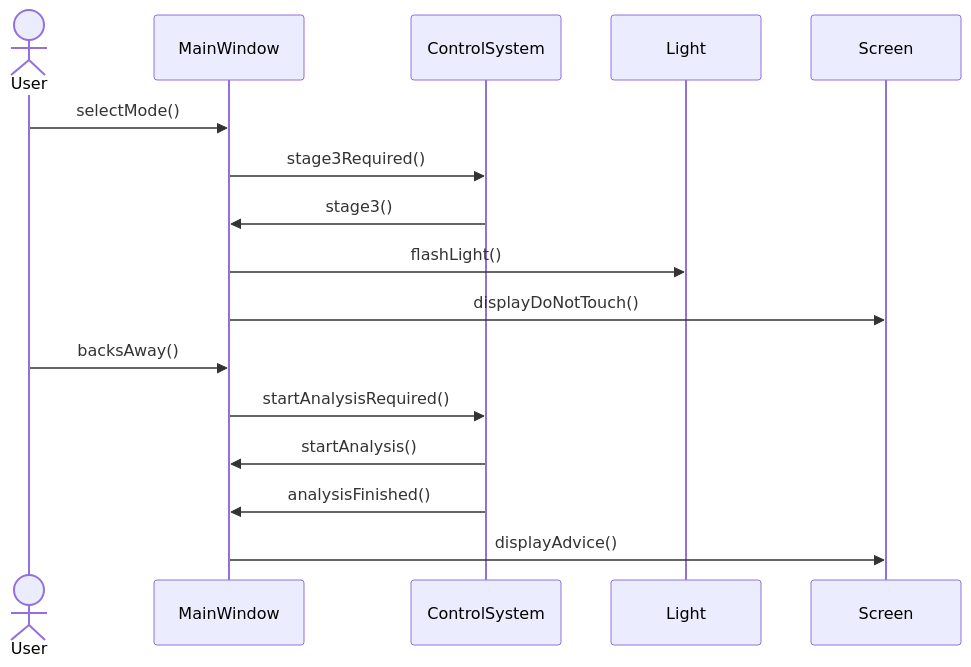
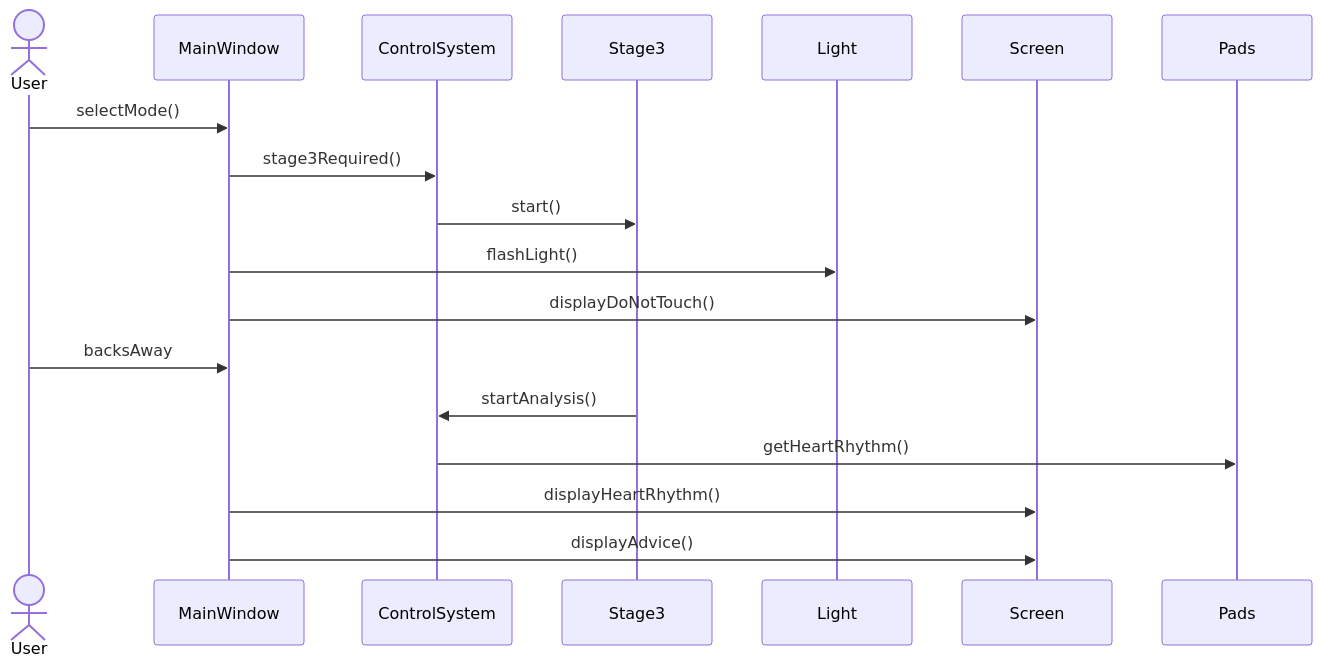
The third of 7 diagrams in README.md (SaturnOperator/AED-System), drawn with Mermaid before and after one commit. The commit also changed other lines of this file, not shown here.

````diff
--- a/README.md
+++ b/README.md
@@ -79,18 +76,14 @@
 ```mermaid
 sequenceDiagram
 actor User
-participant MainWindow
-participant ControlSystem
-participant Light
-participant Screen
     User->>MainWindow: selectMode()
     MainWindow->>ControlSystem: stage3Required()
-    ControlSystem->>MainWindow: stage3()
+    ControlSystem->>Stage3: start()
     MainWindow->>Light: flashLight()
     MainWindow->>Screen: displayDoNotTouch()
-    User->>MainWindow: backsAway()
-    MainWindow->>ControlSystem: startAnalysisRequired()
-    ControlSystem->>MainWindow: startAnalysis()
-    ControlSystem->>MainWindow: analysisFinished()
+    User->>MainWindow: backsAway
+    Stage3->>ControlSystem: startAnalysis()
+    ControlSystem->>Pads: getHeartRhythm()
+    MainWindow->>Screen: displayHeartRhythm()
     MainWindow->>Screen: displayAdvice()
 ```
````
